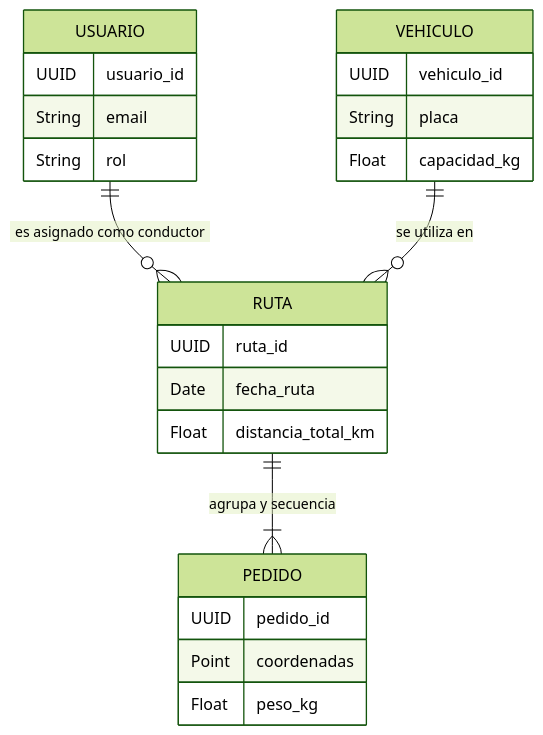
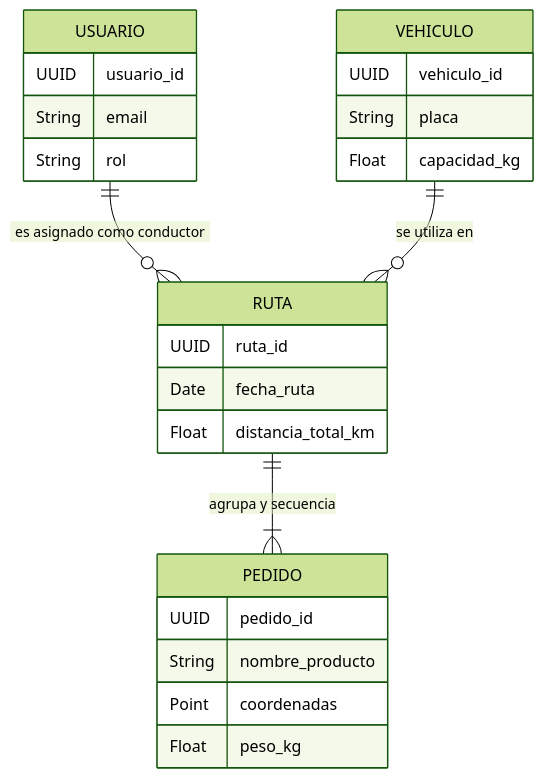
The diagram in docs/01 Inicio/11. Base de datos V_1_0_0.md (Nario1/WankaEcoLogistica), drawn with Mermaid (forest theme) before and after one commit. The commit also changed other lines of this file and 18 other files, not shown here.

````diff
--- a/docs/01 Inicio/11. Base de datos V_1_0_0.md
+++ b/docs/01 Inicio/11. Base de datos V_1_0_0.md
@@ -22,27 +22,28 @@
 ```mermaid
 erDiagram
     USUARIO ||--o{ RUTA : "es asignado como conductor"
     VEHICULO ||--o{ RUTA : "se utiliza en"
     RUTA ||--|{ PEDIDO : "agrupa y secuencia"
     
     USUARIO {
         UUID usuario_id
         String email
         String rol
     }
     VEHICULO {
         UUID vehiculo_id
         String placa
         Float capacidad_kg
     }
     RUTA {
         UUID ruta_id
         Date fecha_ruta
         Float distancia_total_km
     }
     PEDIDO {
         UUID pedido_id
+        String nombre_producto
         Point coordenadas
         Float peso_kg
     }
 ```
````
